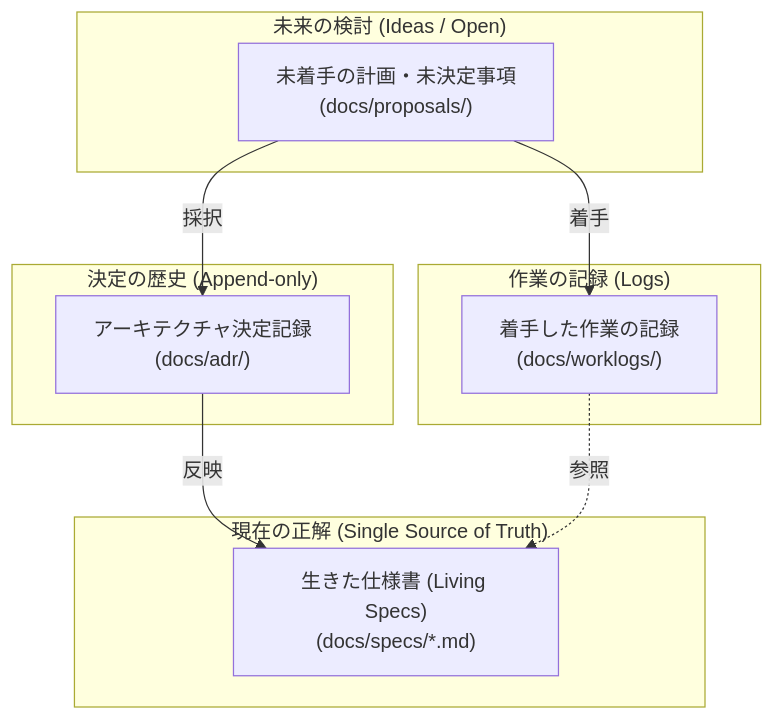
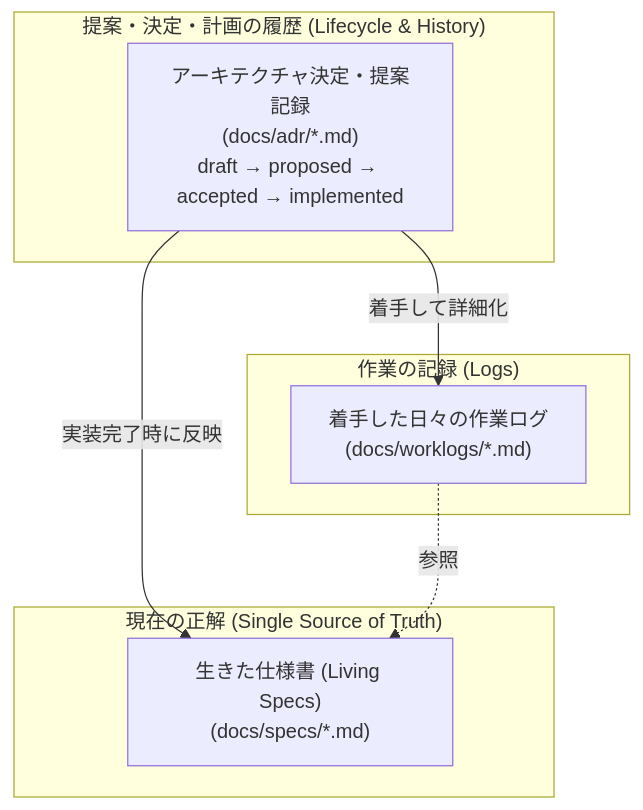
One commit to nazo6/vy changed the diagram in docs/README.md. Above: the diagram before and after it, drawn with Mermaid. The commit also changed other lines of this file and 42 other files, not shown here.

````diff
--- a/docs/README.md
+++ b/docs/README.md
@@ -11,23 +11,18 @@
 ```mermaid
 flowchart TD
     subgraph Current["現在の正解 (Single Source of Truth)"]
         Specs["生きた仕様書 (Living Specs)\n(docs/specs/*.md)"]
     end
 
-    subgraph History["決定の歴史 (Append-only)"]
-        ADR["アーキテクチャ決定記録\n(docs/adr/)"]
-    end
-
-    subgraph Future["未来の検討 (Ideas / Open)"]
-        Proposals["未着手の計画・未決定事項\n(docs/proposals/)"]
+    subgraph Decisions["提案・決定・計画の履歴 (Lifecycle & History)"]
+        ADR["アーキテクチャ決定・提案記録\n(docs/adr/*.md)\ndraft → proposed → accepted → implemented"]
     end
 
     subgraph Operations["作業の記録 (Logs)"]
-        Worklogs["着手した作業の記録\n(docs/worklogs/)"]
+        Worklogs["着手した日々の作業ログ\n(docs/worklogs/*.md)"]
     end
 
-    Proposals -- "採択" --> ADR
-    Proposals -- "着手" --> Worklogs
-    ADR -- "反映" --> Specs
+    ADR -- "実装完了時に反映" --> Specs
+    ADR -- "着手して詳細化" --> Worklogs
     Worklogs -. "参照" .-> Specs
 ```
````
